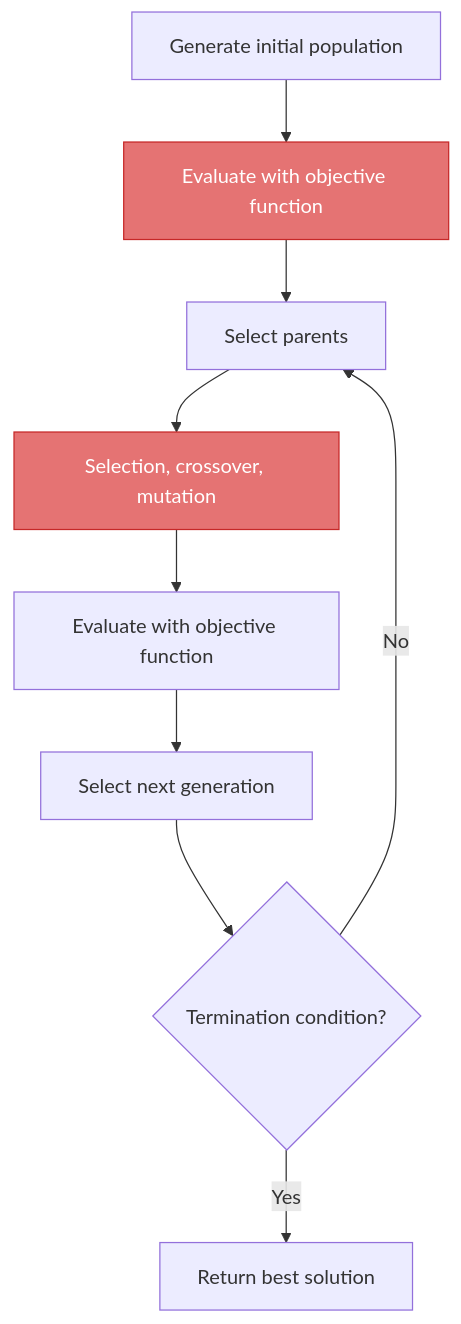
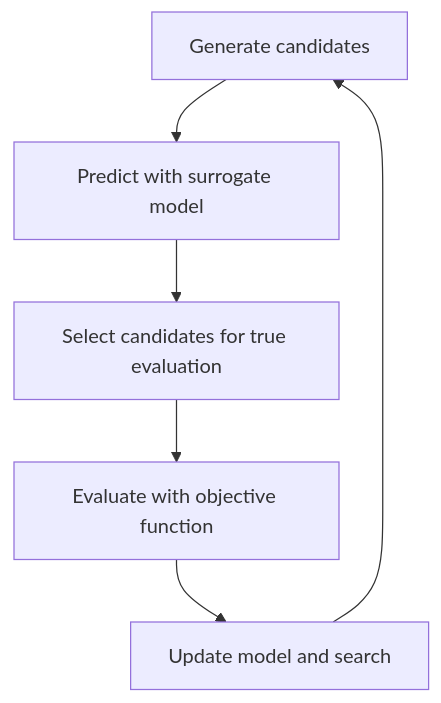
One commit to shlka/saealib changed the diagram in docs/getting_started/what_is_saealib.md. Above: the diagram before and after it, drawn with Mermaid. The commit also changed other lines of this file and 479 other files, not shown here.

````diff
--- a/docs/getting_started/what_is_saealib.md
+++ b/docs/getting_started/what_is_saealib.md
@@ -18,14 +18,8 @@
 ```{mermaid}
 flowchart TD
-    A[Generate initial population] --> B["Evaluate with objective function"]
-    B --> C[Select parents]
-    C --> D[Selection, crossover, mutation]
-    D --> E["Evaluate with objective function"]
-    E --> F[Select next generation]
-    F --> G{Termination condition?}
-    G -- No --> C
-    G -- Yes --> H[Return best solution]
-
-    style B fill:#e57373,color:#fff,stroke:#c62828
-    style D fill:#e57373,color:#fff,stroke:#c62828
+    A[Generate candidates] --> B[Predict with surrogate model]
+    B --> C[Select candidates for true evaluation]
+    C --> D[Evaluate with objective function]
+    D --> E[Update model and search]
+    E --> A
 ```
````
